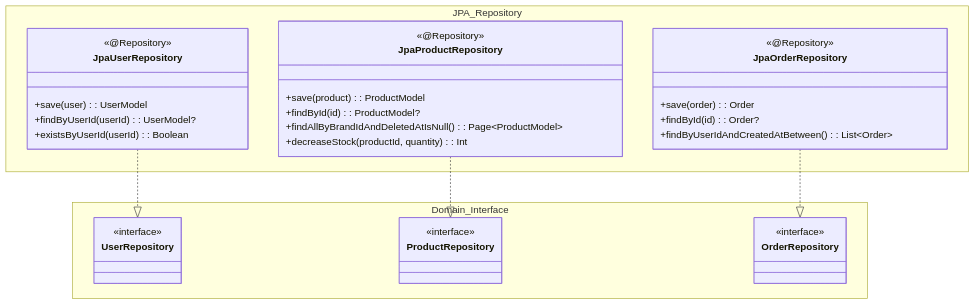
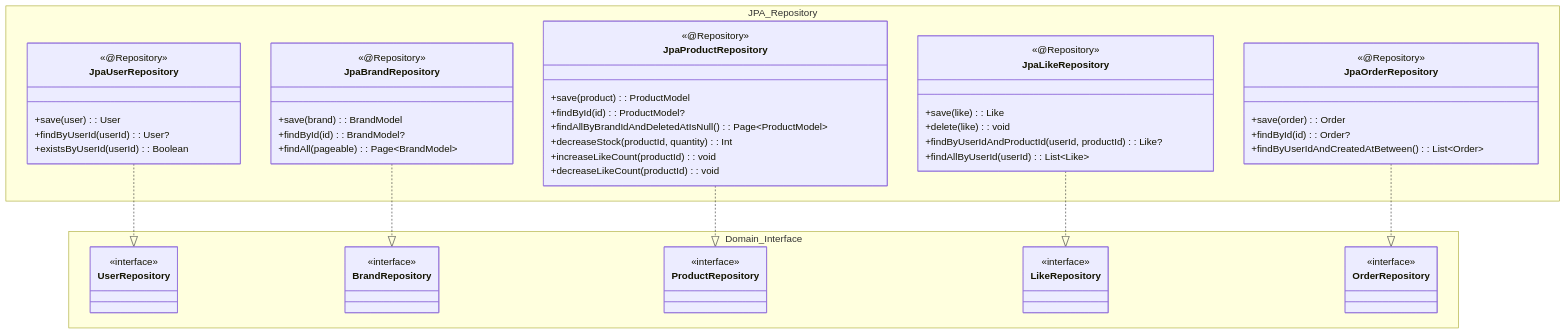
The tenth of 13 diagrams in .docs/design/03-class-diagram.md (Loopers-dev-lab/loop-pack-be-l2-vol3-kotlin), drawn with Mermaid before and after one commit. The commit also changed other lines of this file and 4 other files, not shown here.

````diff
--- a/.docs/design/03-class-diagram.md
+++ b/.docs/design/03-class-diagram.md
@@ -421,42 +661,65 @@
 ```mermaid
 classDiagram
     direction TB
 
     namespace JPA_Repository {
         class JpaUserRepository {
             <<@Repository>>
-            +save(user): UserModel
-            +findByUserId(userId): UserModel?
+            +save(user): User
+            +findByUserId(userId): User?
             +existsByUserId(userId): Boolean
+        }
+        class JpaBrandRepository {
+            <<@Repository>>
+            +save(brand): BrandModel
+            +findById(id): BrandModel?
+            +findAll(pageable): Page~BrandModel~
         }
         class JpaProductRepository {
             <<@Repository>>
             +save(product): ProductModel
             +findById(id): ProductModel?
             +findAllByBrandIdAndDeletedAtIsNull(): Page~ProductModel~
             +decreaseStock(productId, quantity): Int
+            +increaseLikeCount(productId): void
+            +decreaseLikeCount(productId): void
+        }
+        class JpaLikeRepository {
+            <<@Repository>>
+            +save(like): Like
+            +delete(like): void
+            +findByUserIdAndProductId(userId, productId): Like?
+            +findAllByUserId(userId): List~Like~
         }
         class JpaOrderRepository {
             <<@Repository>>
             +save(order): Order
             +findById(id): Order?
             +findByUserIdAndCreatedAtBetween(): List~Order~
         }
     }
 
     namespace Domain_Interface {
         class UserRepository {
             <<interface>>
         }
+        class BrandRepository {
+            <<interface>>
+        }
         class ProductRepository {
+            <<interface>>
+        }
+        class LikeRepository {
             <<interface>>
         }
         class OrderRepository {
             <<interface>>
         }
     }
 
     JpaUserRepository ..|> UserRepository
+    JpaBrandRepository ..|> BrandRepository
     JpaProductRepository ..|> ProductRepository
+    JpaLikeRepository ..|> LikeRepository
     JpaOrderRepository ..|> OrderRepository
 ```
````
